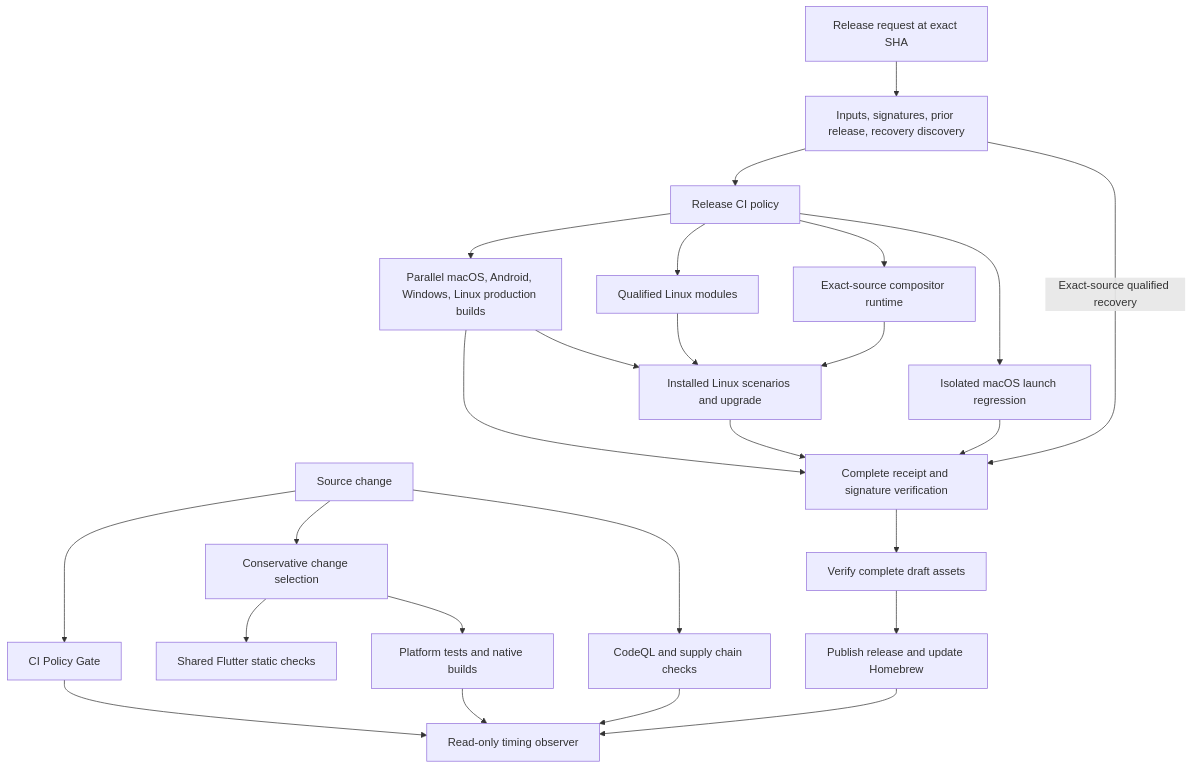
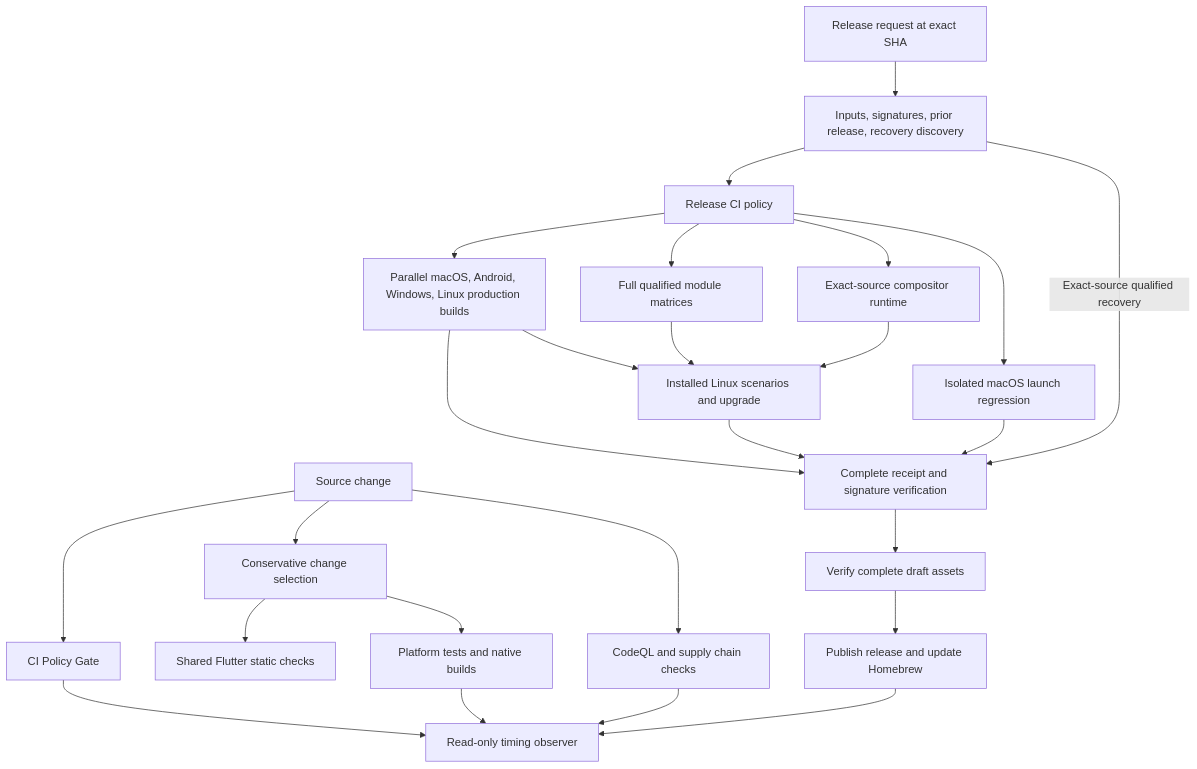
One commit to dmytro-yevs/copypaste changed the diagram in docs/engineering/ci-modernization-report.md. Above: the diagram before and after it, drawn with Mermaid. The commit also changed other lines of this file and 6 other files, not shown here.

Commit message:
Complete qualified release publication

````diff
--- a/docs/engineering/ci-modernization-report.md
+++ b/docs/engineering/ci-modernization-report.md
@@ -11,27 +11,27 @@
 ```mermaid
 flowchart TD
   Change[Source change] --> Policy[CI Policy Gate]
   Change --> Select[Conservative change selection]
   Select --> Static[Shared Flutter static checks]
   Select --> NativeCI[Platform tests and native builds]
   Change --> Security[CodeQL and supply chain checks]
   Release[Release request at exact SHA] --> Preflight[Inputs, signatures, prior release, recovery discovery]
   Preflight --> ReleasePolicy[Release CI policy]
   ReleasePolicy --> Builds[Parallel macOS, Android, Windows, Linux production builds]
-  ReleasePolicy --> Modules[Qualified Linux modules]
+  ReleasePolicy --> Modules[Full qualified module matrices]
   ReleasePolicy --> Runtime[Exact-source compositor runtime]
   ReleasePolicy --> Regression[Isolated macOS launch regression]
   Builds --> Linux[Installed Linux scenarios and upgrade]
   Modules --> Linux
   Runtime --> Linux
   Builds --> Qualify[Complete receipt and signature verification]
   Linux --> Qualify
   Regression --> Qualify
   Qualify --> Draft[Verify complete draft assets]
   Draft --> Publish[Publish release and update Homebrew]
   Preflight -->|Exact-source qualified recovery| Qualify
   Policy --> Observer[Read-only timing observer]
   NativeCI --> Observer
   Security --> Observer
   Publish --> Observer
 ```
````
